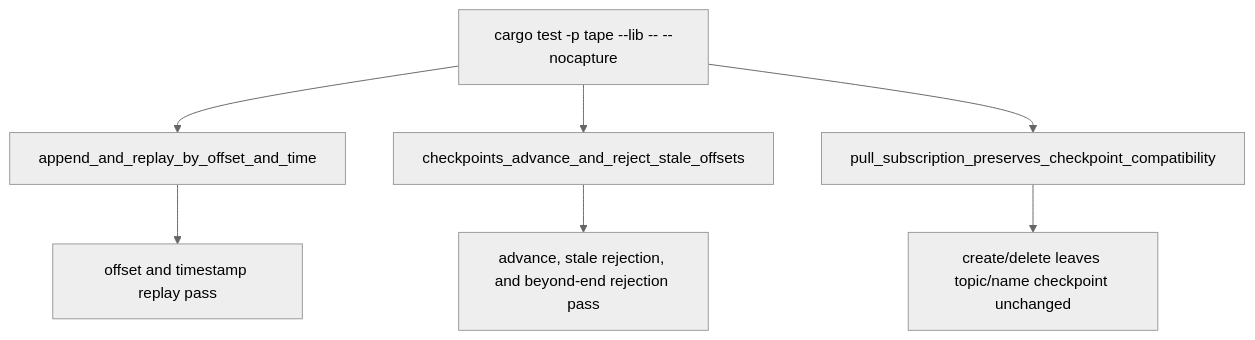
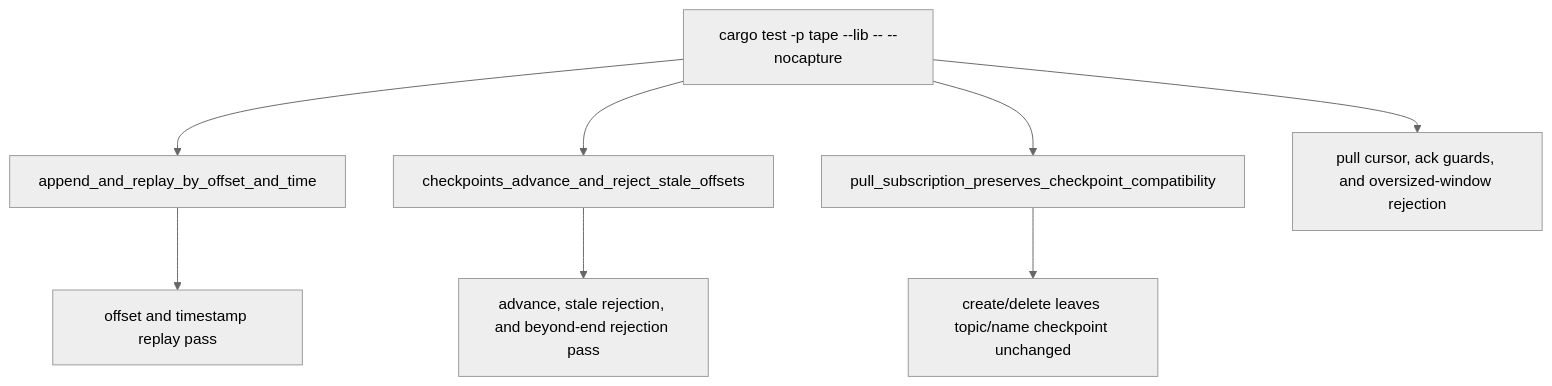
Before and after one commit to chrischeng-c4/axiom: the second of 2 diagrams in apps/tape/tech-design/semantic/source/apps-tape-src-lib-rs.md, drawn with Mermaid (neutral theme). The commit also changed other lines of this file and 11 other files, not shown here.

````diff
--- a/apps/tape/tech-design/semantic/source/apps-tape-src-lib-rs.md
+++ b/apps/tape/tech-design/semantic/source/apps-tape-src-lib-rs.md
@@ -67,12 +77,13 @@
 ```mermaid
 ---
 id: tape-td-flow
 ---
 flowchart TD
     libtest["cargo test -p tape --lib -- --nocapture"] --> replaytest["append_and_replay_by_offset_and_time"]
     libtest --> checkpointtest["checkpoints_advance_and_reject_stale_offsets"]
     libtest --> subscriptiontest["pull_subscription_preserves_checkpoint_compatibility"]
     replaytest --> replayproof["offset and timestamp replay pass"]
     checkpointtest --> checkpointproof["advance, stale rejection, and beyond-end rejection pass"]
     subscriptiontest --> subscriptionproof["create/delete leaves topic/name checkpoint unchanged"]
+    libtest --> pulltest["pull cursor, ack guards, and oversized-window rejection"]
 ```
````
